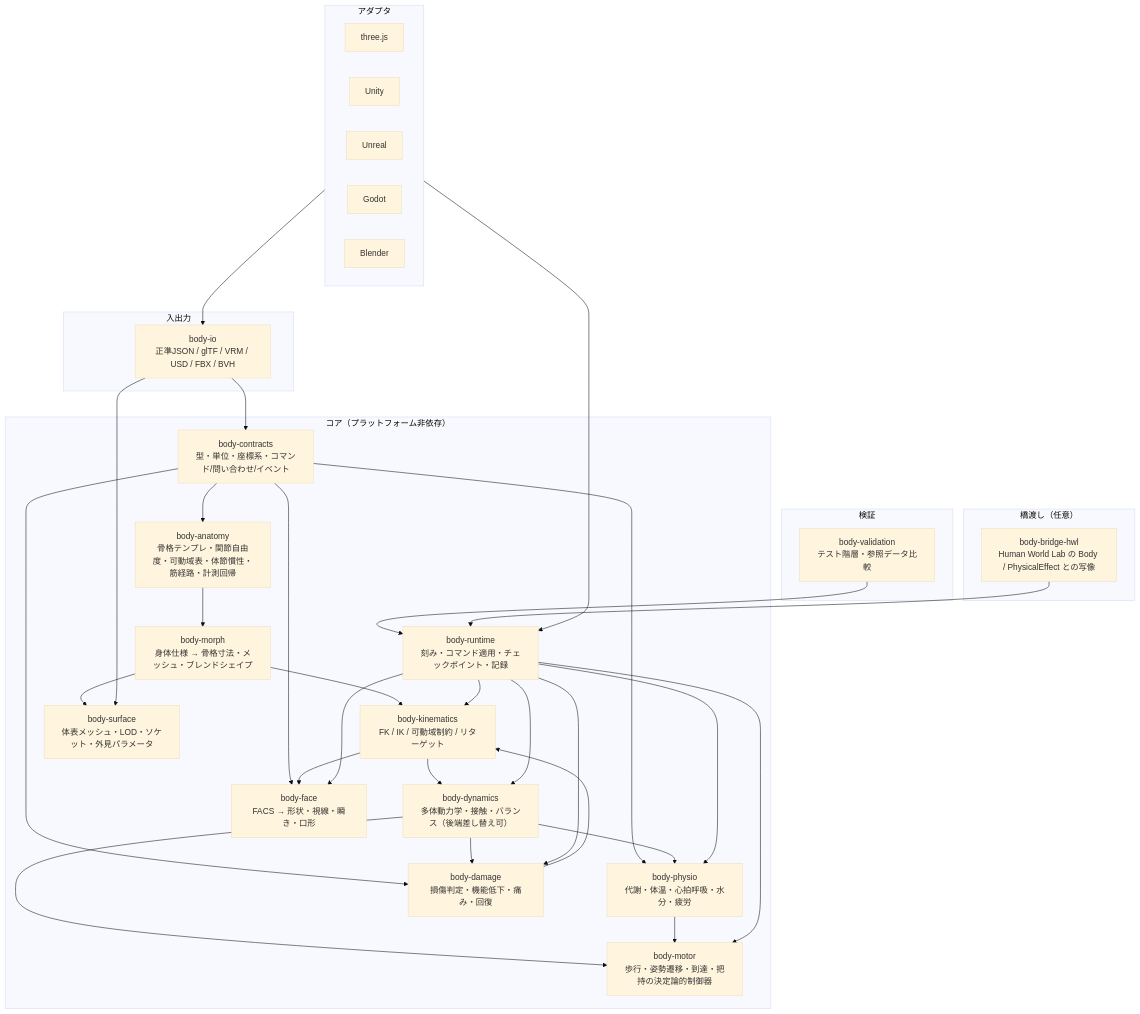
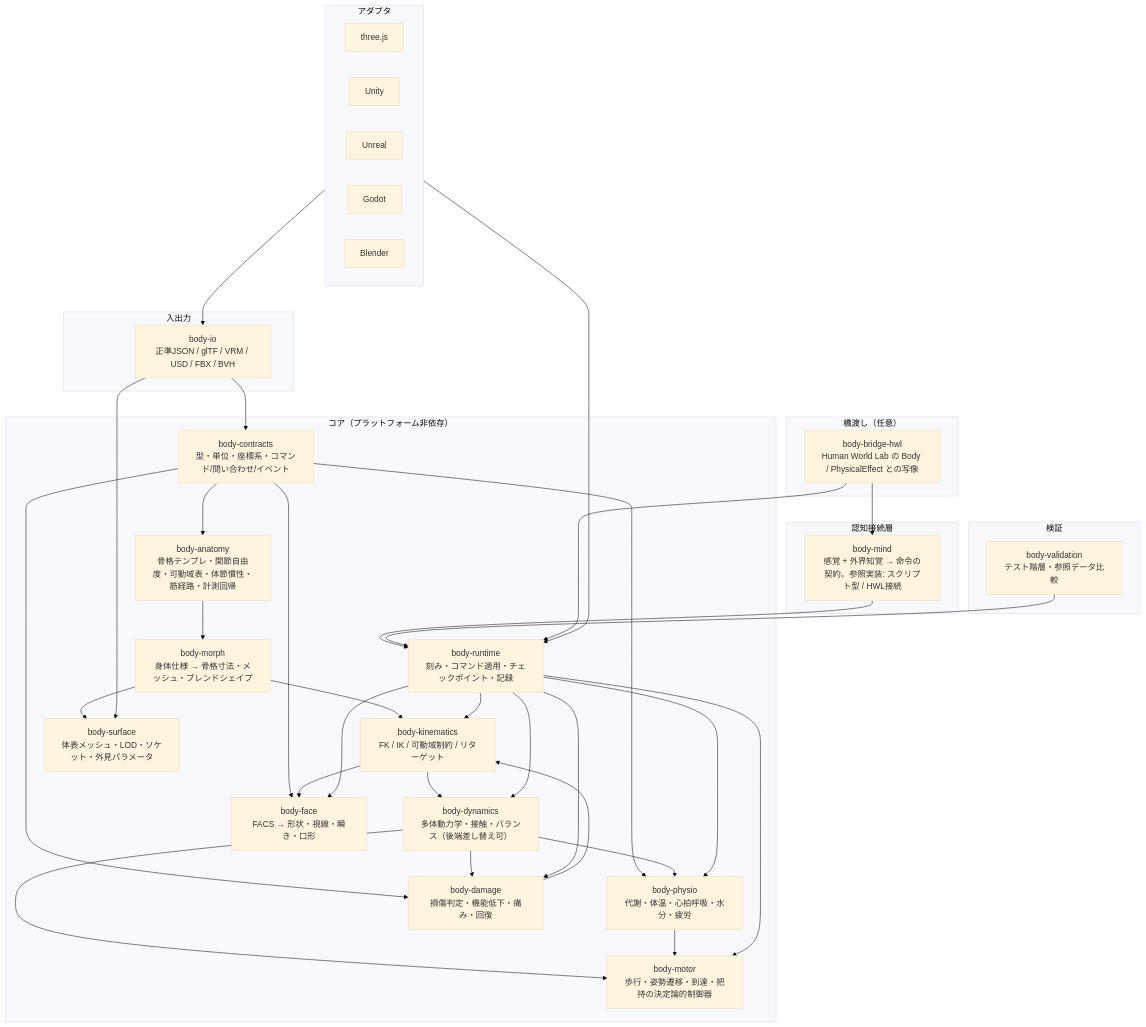
One commit to AkrMcmr/human_simulator changed the diagram in docs/body/ARCHITECTURE.md. Above: the diagram before and after it, drawn with Mermaid (base theme). The commit also changed other lines of this file and 9 other files, not shown here.

````diff
--- a/docs/body/ARCHITECTURE.md
+++ b/docs/body/ARCHITECTURE.md
@@ -13,54 +13,59 @@
 ```mermaid
 flowchart TB
   subgraph core[コア（プラットフォーム非依存）]
     C[body-contracts<br/>型・単位・座標系・コマンド/問い合わせ/イベント]
     A[body-anatomy<br/>骨格テンプレ・関節自由度・可動域表・体節慣性・筋経路・計測回帰]
     M[body-morph<br/>身体仕様 → 骨格寸法・メッシュ・ブレンドシェイプ]
     K[body-kinematics<br/>FK / IK / 可動域制約 / リターゲット]
     D[body-dynamics<br/>多体動力学・接触・バランス（後端差し替え可）]
     MO[body-motor<br/>歩行・姿勢遷移・到達・把持の決定論的制御器]
     P[body-physio<br/>代謝・体温・心拍呼吸・水分・疲労]
     G[body-damage<br/>損傷判定・機能低下・痛み・回復]
     F[body-face<br/>FACS → 形状・視線・瞬き・口形]
     S[body-surface<br/>体表メッシュ・LOD・ソケット・外見パラメータ]
     R[body-runtime<br/>刻み・コマンド適用・チェックポイント・記録]
   end
   subgraph io[入出力]
     IO[body-io<br/>正準JSON / glTF / VRM / USD / FBX / BVH]
   end
   subgraph adapters[アダプタ]
     T[three.js]
     U[Unity]
     UE[Unreal]
     GD[Godot]
     BL[Blender]
   end
   subgraph val[検証]
     V[body-validation<br/>テスト階層・参照データ比較]
   end
+  subgraph mind[認知接続層]
+    MI[body-mind<br/>感覚 + 外界知覚 → 命令の契約。参照実装: スクリプト型 / HWL接続]
+  end
   subgraph bridge[橋渡し（任意）]
     B[body-bridge-hwl<br/>Human World Lab の Body / PhysicalEffect との写像]
   end
+  MI --> R
+  B --> MI
   C --> A --> M --> K --> D --> MO
   C --> P
   C --> G
   C --> F
   M --> S
   K --> F
   D --> P
   D --> G
   G --> K
   P --> MO
   R --> K
   R --> D
   R --> MO
   R --> P
   R --> G
   R --> F
   IO --> C
   IO --> S
   adapters --> IO
   adapters --> R
   V --> R
   B --> R
 ```
````
